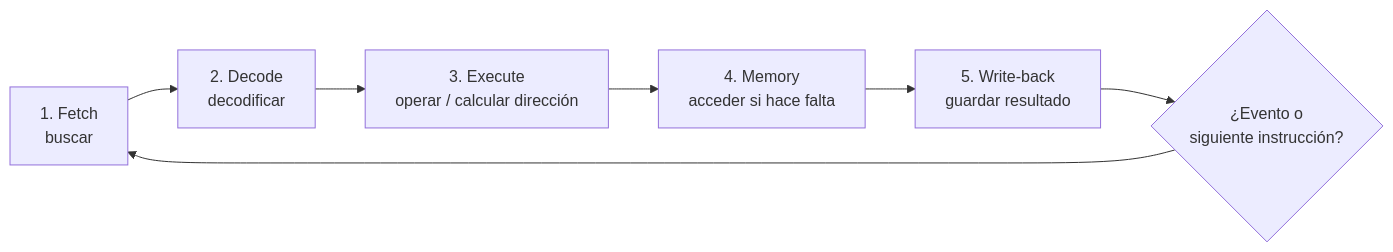
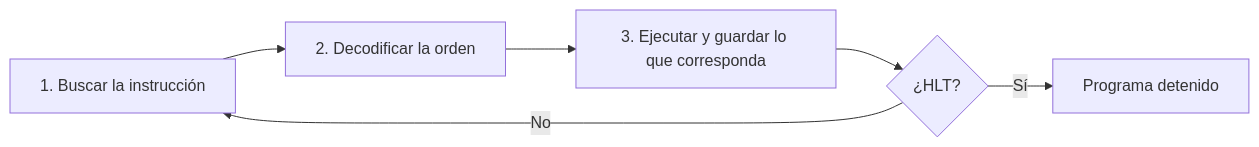
One commit to davidmolinafernadez/DAM-SI changed the second of 2 diagrams in UD1/Teoria/11-instrucciones-cpu.md. Above: the diagram before and after it, drawn with Mermaid. The commit also changed other lines of this file and 4 other files, not shown here.

````diff
--- a/UD1/Teoria/11-instrucciones-cpu.md
+++ b/UD1/Teoria/11-instrucciones-cpu.md
@@ -278,9 +96,8 @@
 ```mermaid
 flowchart LR
-  F["1. Fetch<br>buscar"] --> D["2. Decode<br>decodificar"]
-  D --> E["3. Execute<br>operar / calcular dirección"]
-  E --> M["4. Memory<br>acceder si hace falta"]
-  M --> W["5. Write-back<br>guardar resultado"]
-  W --> Q{"¿Evento o<br>siguiente instrucción?"}
-  Q --> F
+  F["1. Buscar la instrucción"] --> D["2. Decodificar la orden"]
+  D --> E["3. Ejecutar y guardar lo que corresponda"]
+  E --> N{"¿HLT?"}
+  N -->|No| F
+  N -->|Sí| P["Programa detenido"]
 ```
````
